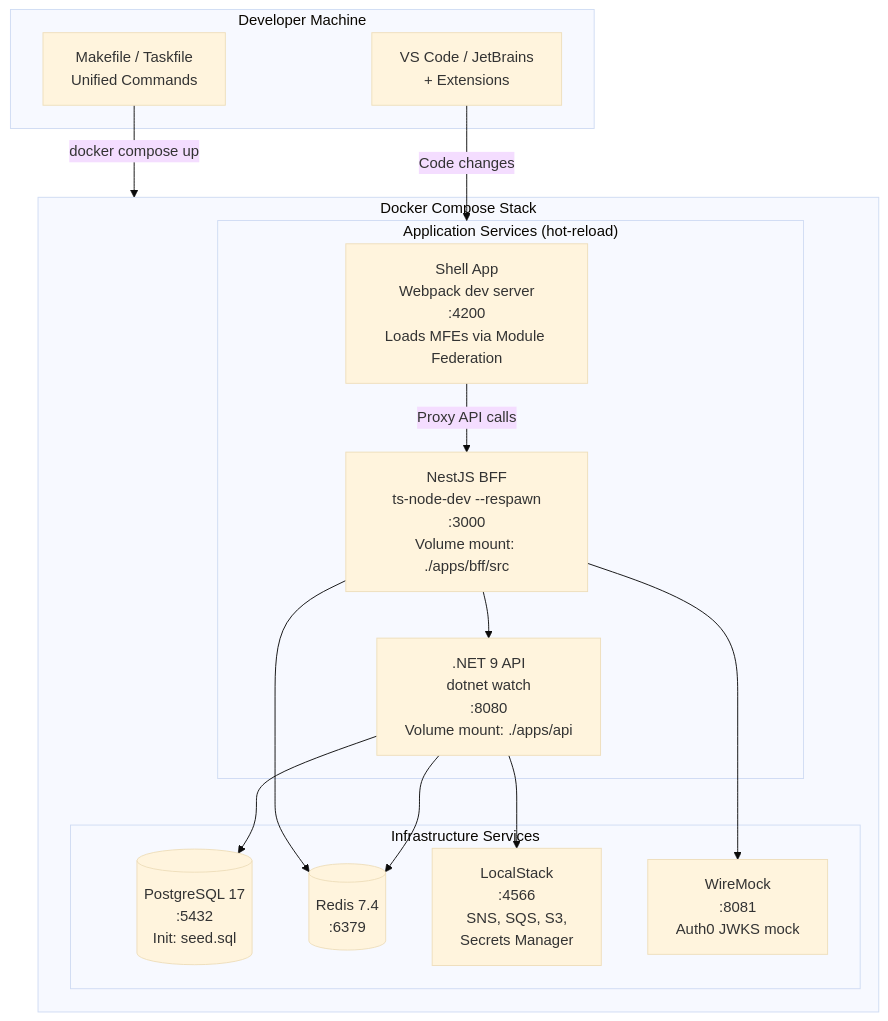
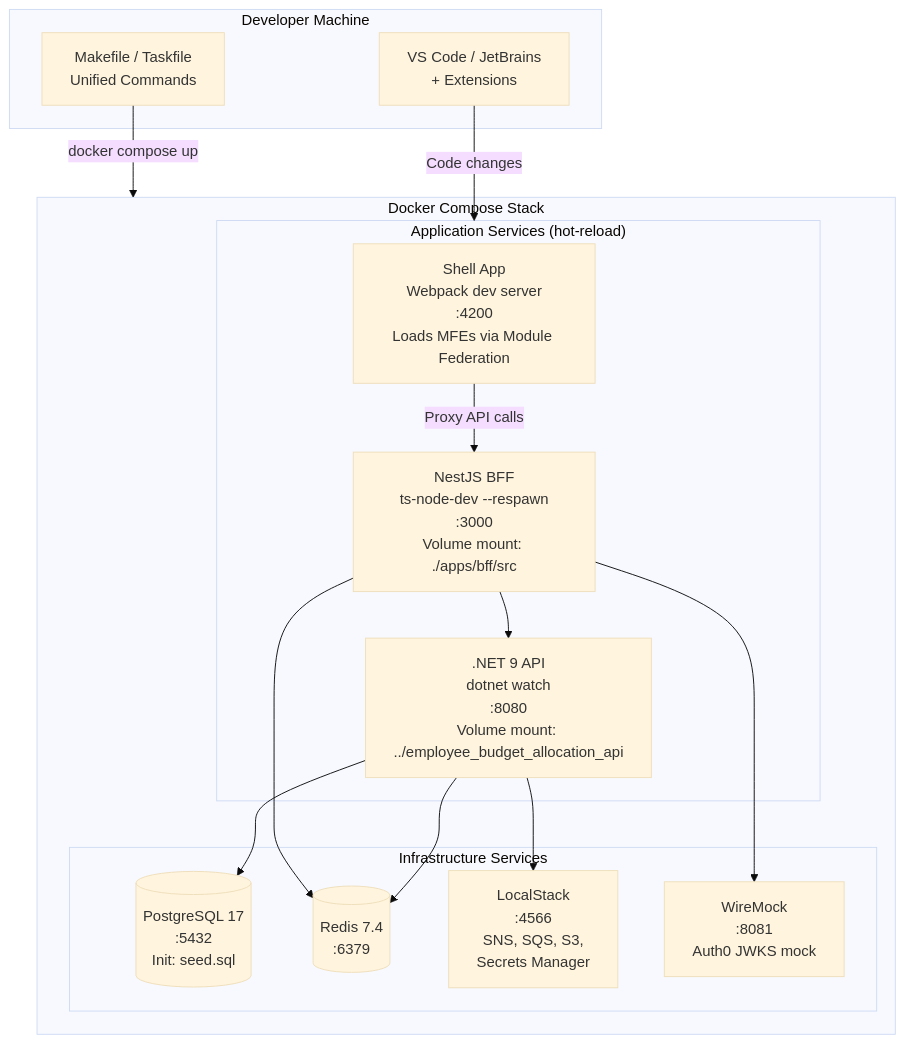
Before and after one commit to sukhesh035/employee_budget_allocation: diagram 23 of 24 in docs/superpowers/specs/2026-04-17-employee-budget-allocation-design.md, drawn with Mermaid (base theme). The commit also changed other lines of this file and 10 other files, not shown here.

First line of the commit message:
Fix all docs to reflect two-repo architecture (.NET API in separate repo)

````diff
--- a/docs/superpowers/specs/2026-04-17-employee-budget-allocation-design.md
+++ b/docs/superpowers/specs/2026-04-17-employee-budget-allocation-design.md
@@ -2272,33 +2272,33 @@
 ```mermaid
 flowchart TB
     subgraph Host["Developer Machine"]
         IDE[VS Code / JetBrains<br/>+ Extensions]
         MAKE[Makefile / Taskfile<br/>Unified Commands]
     end
 
     subgraph DockerCompose["Docker Compose Stack"]
         subgraph Services["Application Services (hot-reload)"]
             SPA["Shell App<br/>Webpack dev server<br/>:4200<br/>Loads MFEs via Module Federation"]
             BFF["NestJS BFF<br/>ts-node-dev --respawn<br/>:3000<br/>Volume mount: ./apps/bff/src"]
-            DOTNET[".NET 9 API<br/>dotnet watch<br/>:8080<br/>Volume mount: ./apps/api"]
+            DOTNET[".NET 9 API<br/>dotnet watch<br/>:8080<br/>Volume mount: ../employee_budget_allocation_api"]
         end
 
         subgraph Infra["Infrastructure Services"]
             PG[(PostgreSQL 17<br/>:5432<br/>Init: seed.sql)]
             REDIS_LOCAL[(Redis 7.4<br/>:6379)]
             LOCALSTACK[LocalStack<br/>:4566<br/>SNS, SQS, S3,<br/>Secrets Manager]
             WIREMOCK[WireMock<br/>:8081<br/>Auth0 JWKS mock]
         end
 
         SPA -->|"Proxy API calls"| BFF
         BFF --> DOTNET
         DOTNET --> PG
         DOTNET --> REDIS_LOCAL
         BFF --> REDIS_LOCAL
         DOTNET --> LOCALSTACK
         BFF --> WIREMOCK
     end
 
     IDE -->|"Code changes"| Services
     MAKE -->|"docker compose up"| DockerCompose
 ```
````
